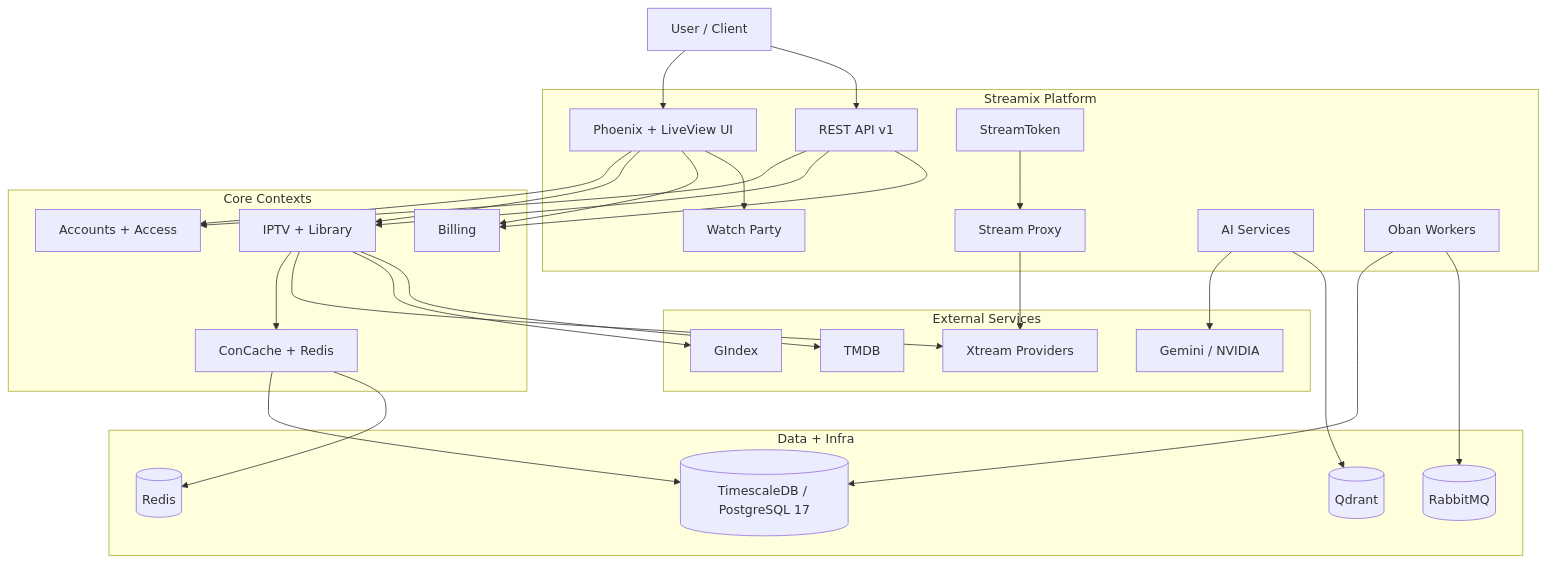
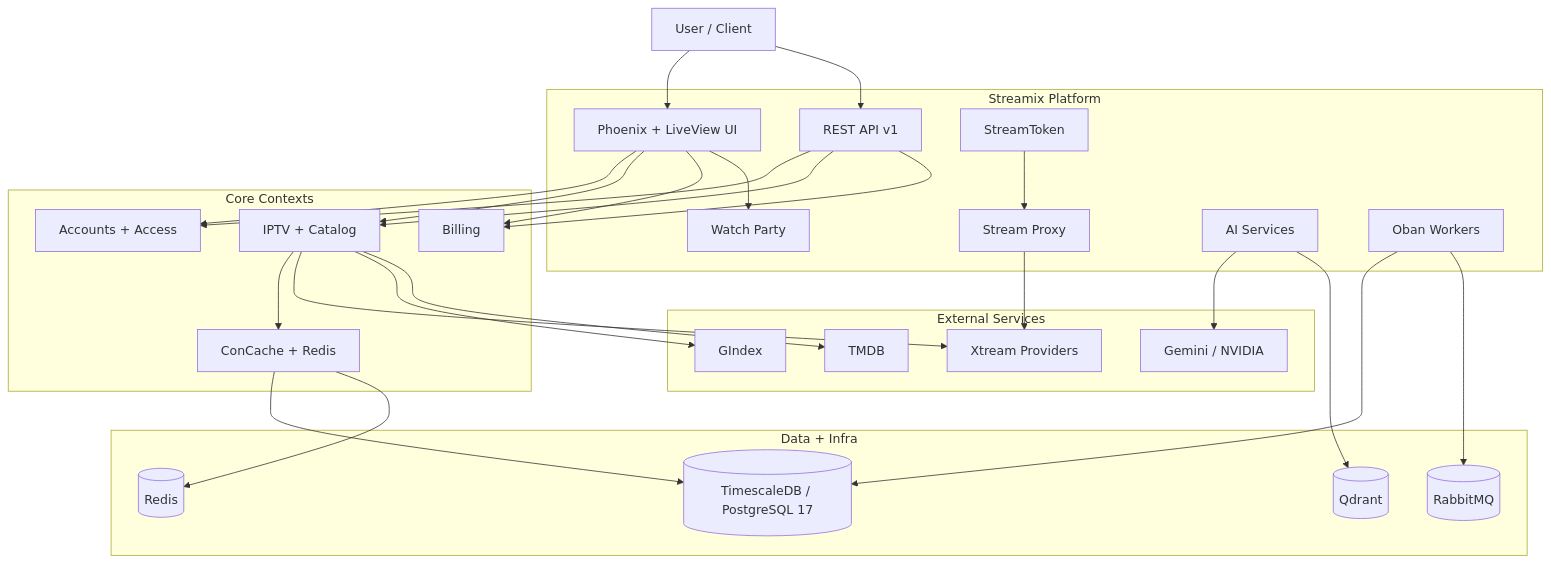
The first of 2 diagrams in README.md (gabrielmaialva33/streamix), drawn with Mermaid before and after one commit. The commit also changed other lines of this file and 1 other file, not shown here.

Commit message:
docs: update context architecture references

````diff
--- a/README.md
+++ b/README.md
@@ -90,57 +90,57 @@
 ```mermaid
 graph TD
     U[User / Client]
 
     subgraph Streamix["Streamix Platform"]
         W[Phoenix + LiveView UI]
         API[REST API v1]
         ST[StreamToken]
         SP[Stream Proxy]
         WP[Watch Party]
         AI[AI Services]
         JOBS[Oban Workers]
     end
 
     subgraph Core["Core Contexts"]
         ACC[Accounts + Access]
-        IPTV[IPTV + Library]
+        IPTV[IPTV + Catalog]
         BILL[Billing]
         CACHE[ConCache + Redis]
     end
 
     subgraph Data["Data + Infra"]
         DB[(TimescaleDB / PostgreSQL 17)]
         REDIS[(Redis)]
         QDRANT[(Qdrant)]
         RMQ[(RabbitMQ)]
     end
 
     subgraph External["External Services"]
         XT[Xtream Providers]
         GIDX[GIndex]
         TMDB[TMDB]
         EMB[Gemini / NVIDIA]
     end
 
     U --> W
     U --> API
     W --> ACC
     W --> IPTV
     W --> BILL
     W --> WP
     API --> ACC
     API --> IPTV
     API --> BILL
     IPTV --> CACHE
     CACHE --> DB
     CACHE --> REDIS
     ST --> SP
     SP --> XT
     IPTV --> XT
     IPTV --> GIDX
     IPTV --> TMDB
     AI --> EMB
     AI --> QDRANT
     JOBS --> DB
     JOBS --> RMQ
 ```
````
